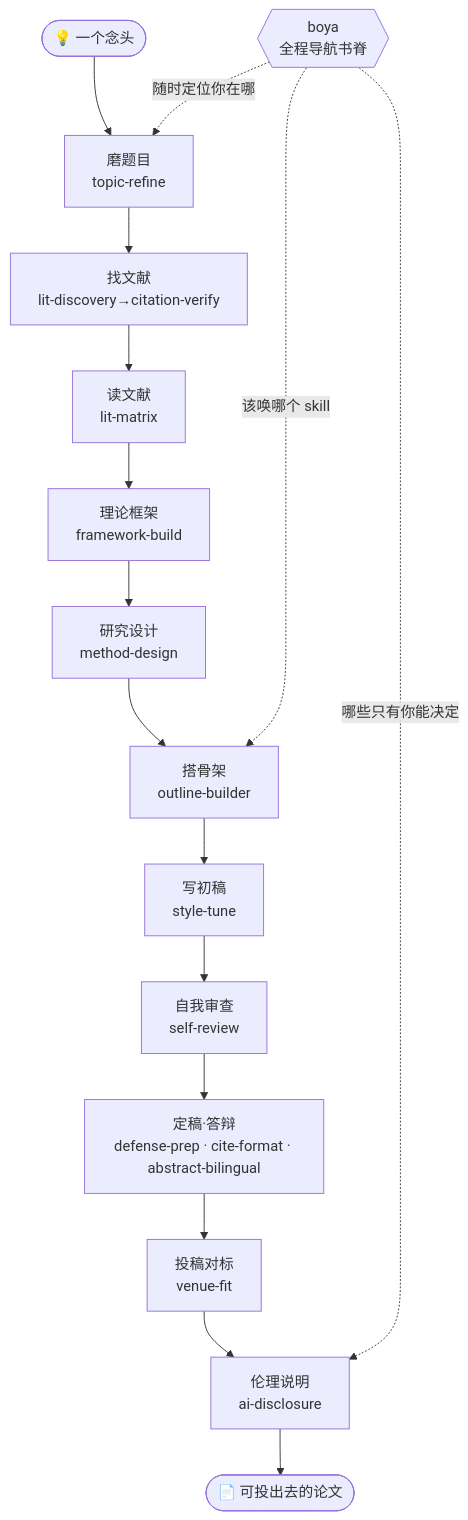
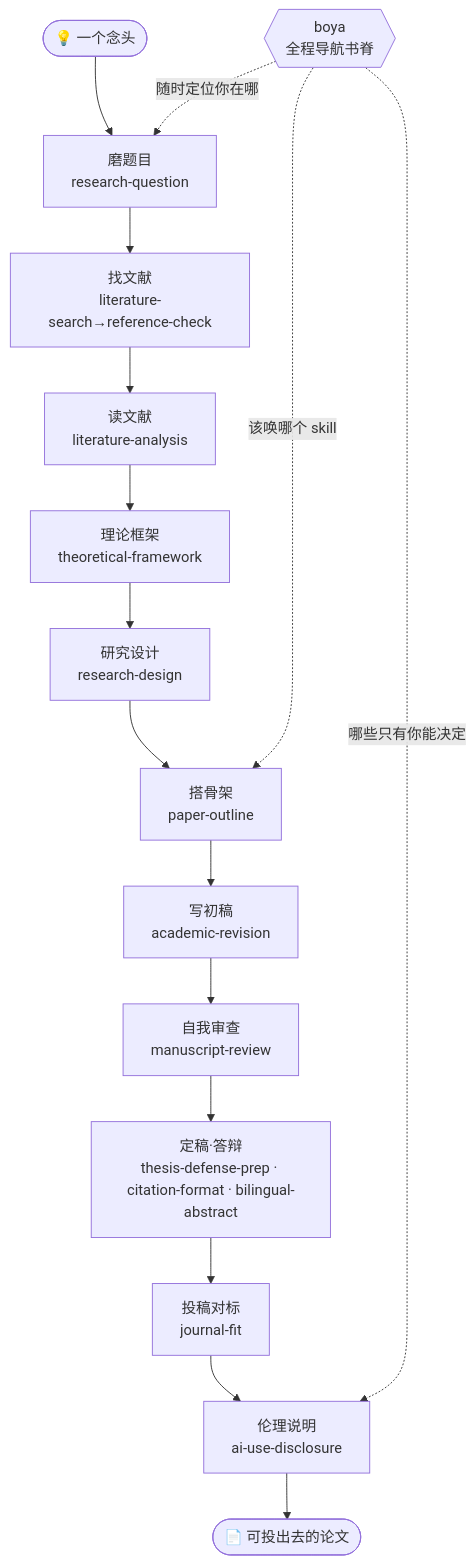
One commit to DylanChiang-Dev/BOYA-skills changed the diagram in README.zh-CN.md. Above: the diagram before and after it, drawn with Mermaid. The commit also changed other lines of this file and 124 other files, not shown here.

````diff
--- a/README.zh-CN.md
+++ b/README.zh-CN.md
@@ -59,18 +59,18 @@
 ```mermaid
 flowchart TD
-    Start([💡 一个念头]) --> S1[磨题目<br/>topic-refine]
-    S1 --> S2[找文献<br/>lit-discovery→citation-verify]
-    S2 --> S3[读文献<br/>lit-matrix]
-    S3 --> SF[理论框架<br/>framework-build]
-    SF --> S4[研究设计<br/>method-design]
-    S4 --> S5[搭骨架<br/>outline-builder]
-    S5 --> S6[写初稿<br/>style-tune]
-    S6 --> S7[自我审查<br/>self-review]
-    S7 --> S8[定稿·答辩<br/>defense-prep · cite-format · abstract-bilingual]
-    S8 --> S9[投稿对标<br/>venue-fit]
-    S9 --> S10[伦理说明<br/>ai-disclosure]
+    Start([💡 一个念头]) --> S1[磨题目<br/>research-question]
+    S1 --> S2[找文献<br/>literature-search→reference-check]
+    S2 --> S3[读文献<br/>literature-analysis]
+    S3 --> SF[理论框架<br/>theoretical-framework]
+    SF --> S4[研究设计<br/>research-design]
+    S4 --> S5[搭骨架<br/>paper-outline]
+    S5 --> S6[写初稿<br/>academic-revision]
+    S6 --> S7[自我审查<br/>manuscript-review]
+    S7 --> S8[定稿·答辩<br/>thesis-defense-prep · citation-format · bilingual-abstract]
+    S8 --> S9[投稿对标<br/>journal-fit]
+    S9 --> S10[伦理说明<br/>ai-use-disclosure]
     S10 --> End([📄 可投出去的论文])
     RM{{boya<br/>全程导航书脊}} -.随时定位你在哪.-> S1
     RM -.该唤哪个 skill.-> S5
     RM -.哪些只有你能决定.-> S10
 ```
````
